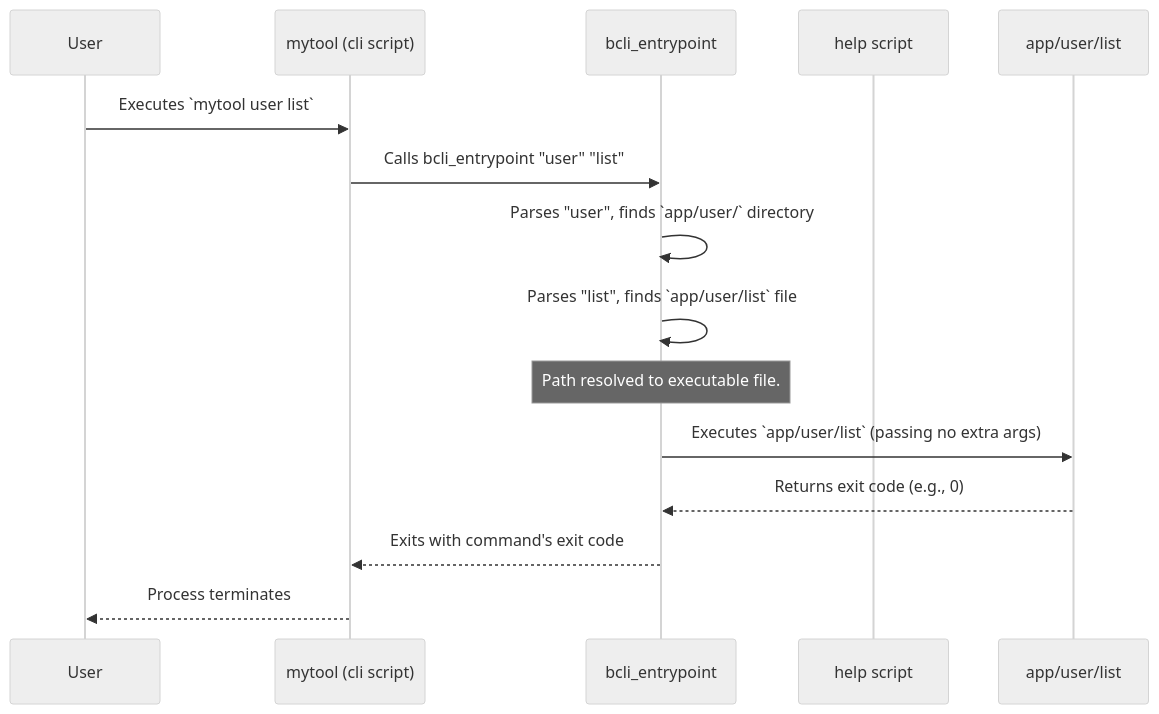
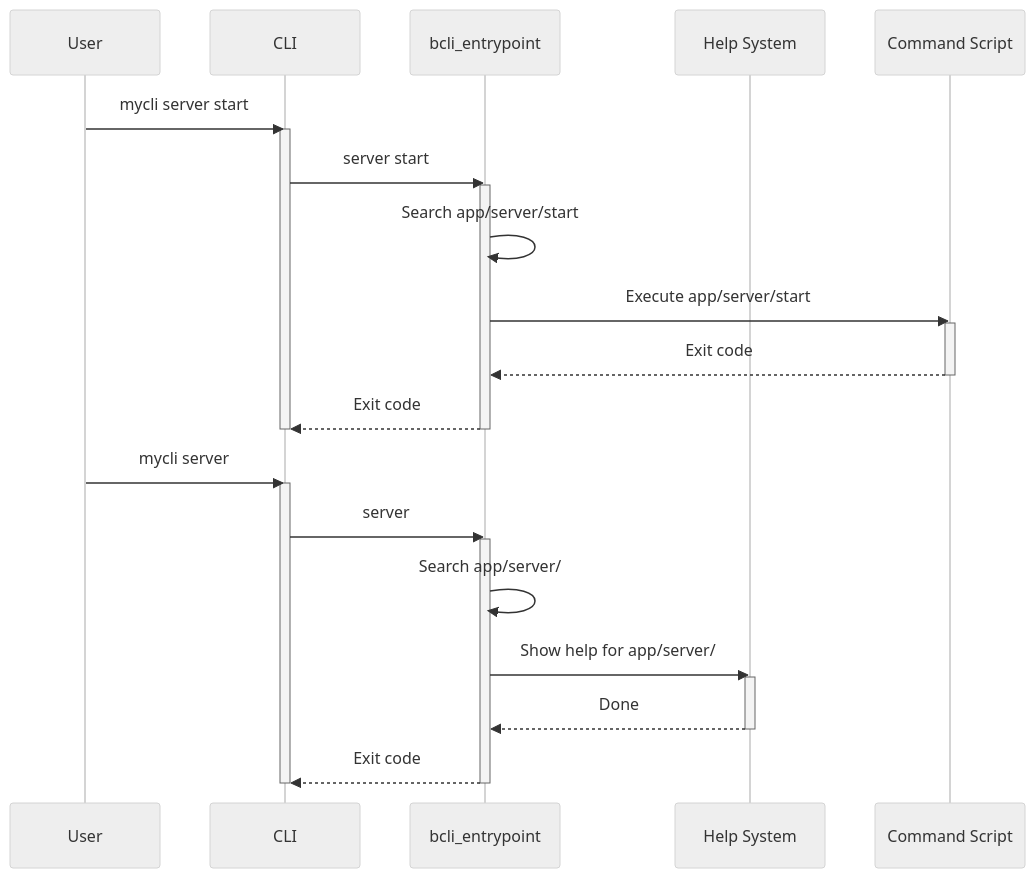
Before and after one commit to aireilly/bash-cli-docs-test: the diagram in docs/02_command_dispatcher_.md, drawn with Mermaid (neutral theme). The commit also changed other lines of this file and 6 other files, not shown here.

````diff
--- a/docs/02_command_dispatcher_.md
+++ b/docs/02_command_dispatcher_.md
@@ -27,18 +9,35 @@
 ```mermaid
 sequenceDiagram
-    participant U as User
-    participant CLI as mytool (cli script)
-    participant BEP as bcli_entrypoint
-    participant Help as help script
-    participant CMD as app/user/list
+    participant User
+    participant CLI
+    participant Dispatcher as bcli_entrypoint
+    participant Help System
+    participant Command Script
 
-    U->>CLI: Executes `mytool user list`
-    CLI->>BEP: Calls bcli_entrypoint "user" "list"
-    BEP->>BEP: Parses "user", finds `app/user/` directory
-    BEP->>BEP: Parses "list", finds `app/user/list` file
-    Note over BEP: Path resolved to executable file.
-    BEP->>CMD: Executes `app/user/list` (passing no extra args)
-    CMD-->>BEP: Returns exit code (e.g., 0)
-    BEP-->>CLI: Exits with command's exit code
-    CLI-->>U: Process terminates
+    User->>CLI: mycli server start
+    activate CLI
+    CLI->>Dispatcher: server start
+    activate Dispatcher
+    Dispatcher->>Dispatcher: Search app/server/start
+    Dispatcher->>Command Script: Execute app/server/start
+    activate Command Script
+    Command Script-->>Dispatcher: Exit code
+    deactivate Command Script
+    Dispatcher-->>CLI: Exit code
+    deactivate Dispatcher
+    deactivate CLI
+
+    User->>CLI: mycli server
+    activate CLI
+    CLI->>Dispatcher: server
+    activate Dispatcher
+    Dispatcher->>Dispatcher: Search app/server/
+    Dispatcher->>Help System: Show help for app/server/
+    activate Help System
+    Help System-->>Dispatcher: Done
+    deactivate Help System
+    Dispatcher-->>CLI: Exit code
+    deactivate Dispatcher
+    deactivate CLI
+
 ```
````
